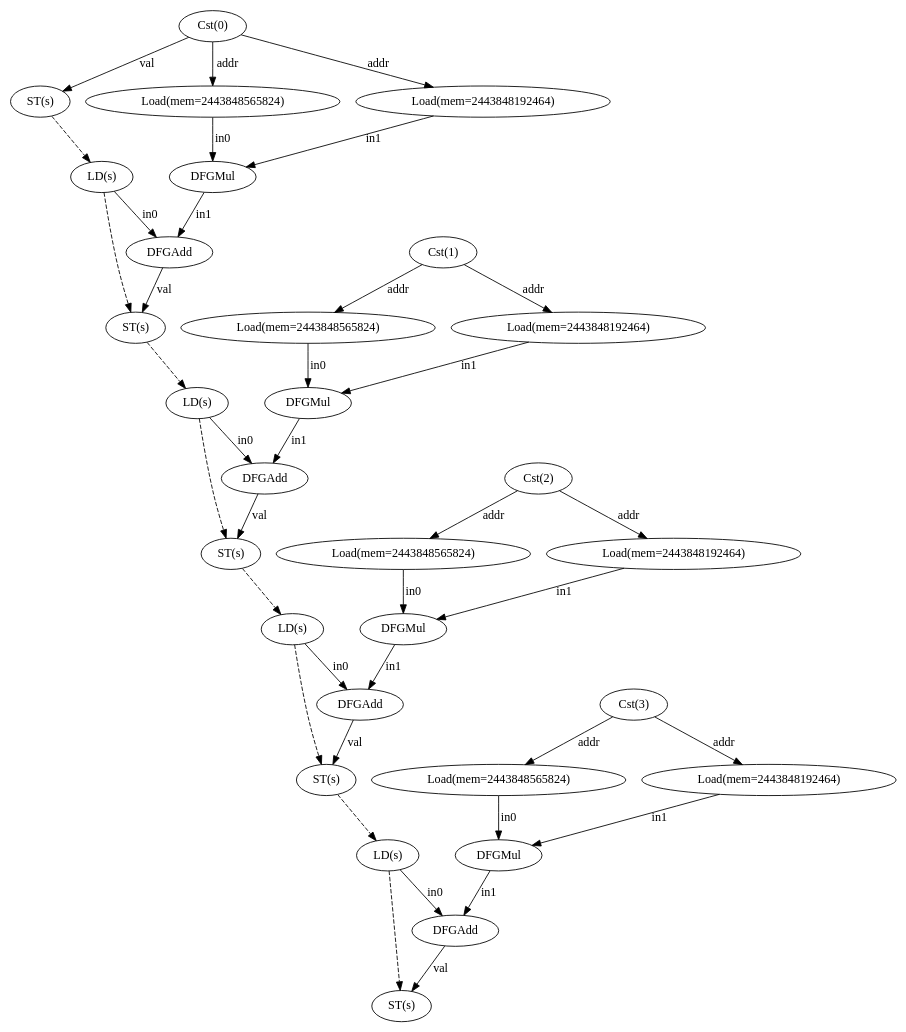
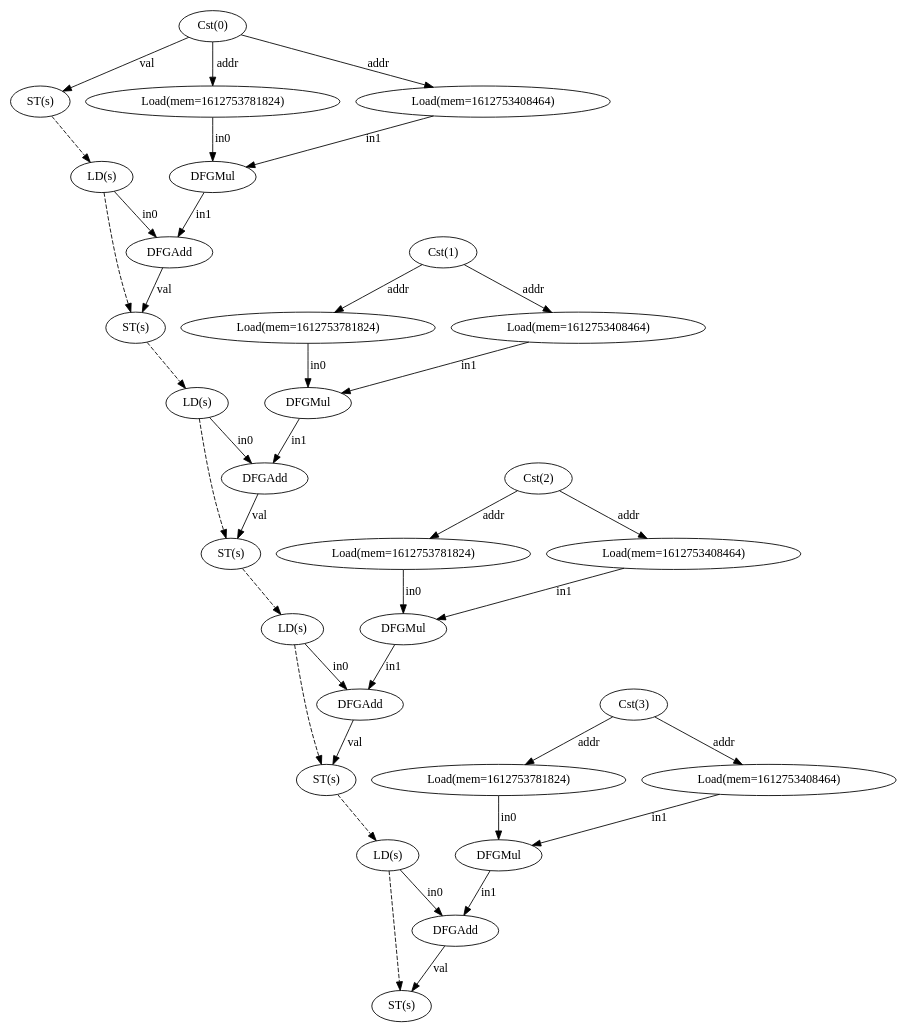
One commit to ma-carrillo/High-level-synthesis-assignment changed the diagram in test13/dfg.dot. Above: the diagram before and after it, drawn with Graphviz. The commit also changed 6 other files, not shown here.

```diff
--- a/test13/dfg.dot
+++ b/test13/dfg.dot
@@ -1,68 +1,68 @@
 digraph "dfg" {
   n0 [label="Cst(0)"];
   n1 [label="ST(s)"];
   n2 [label="LD(s)"];
-  n3 [label="Load(mem=2443848565824)"];
-  n4 [label="Load(mem=2443848192464)"];
+  n3 [label="Load(mem=1612753781824)"];
+  n4 [label="Load(mem=1612753408464)"];
   n5 [label="DFGMul"];
   n6 [label="DFGAdd"];
   n7 [label="ST(s)"];
   n8 [label="LD(s)"];
   n9 [label="Cst(1)"];
-  n10 [label="Load(mem=2443848565824)"];
-  n11 [label="Load(mem=2443848192464)"];
+  n10 [label="Load(mem=1612753781824)"];
+  n11 [label="Load(mem=1612753408464)"];
   n12 [label="DFGMul"];
   n13 [label="DFGAdd"];
   n14 [label="ST(s)"];
   n15 [label="LD(s)"];
   n16 [label="Cst(2)"];
-  n17 [label="Load(mem=2443848565824)"];
-  n18 [label="Load(mem=2443848192464)"];
+  n17 [label="Load(mem=1612753781824)"];
+  n18 [label="Load(mem=1612753408464)"];
   n19 [label="DFGMul"];
   n20 [label="DFGAdd"];
   n21 [label="ST(s)"];
   n22 [label="LD(s)"];
   n23 [label="Cst(3)"];
-  n24 [label="Load(mem=2443848565824)"];
-  n25 [label="Load(mem=2443848192464)"];
+  n24 [label="Load(mem=1612753781824)"];
+  n25 [label="Load(mem=1612753408464)"];
   n26 [label="DFGMul"];
   n27 [label="DFGAdd"];
   n28 [label="ST(s)"];
   n0 -> n1 [label="val"];
   n0 -> n3 [label="addr"];
   n0 -> n4 [label="addr"];
   n1 -> n2 [style="dashed"];
   n2 -> n6 [label="in0"];
   n2 -> n7 [style="dashed"];
   n3 -> n5 [label="in0"];
   n4 -> n5 [label="in1"];
   n5 -> n6 [label="in1"];
   n6 -> n7 [label="val"];
   n7 -> n8 [style="dashed"];
   n8 -> n13 [label="in0"];
   n8 -> n14 [style="dashed"];
   n9 -> n10 [label="addr"];
   n9 -> n11 [label="addr"];
   n10 -> n12 [label="in0"];
   n11 -> n12 [label="in1"];
   n12 -> n13 [label="in1"];
   n13 -> n14 [label="val"];
   n14 -> n15 [style="dashed"];
   n15 -> n20 [label="in0"];
   n15 -> n21 [style="dashed"];
   n16 -> n17 [label="addr"];
   n16 -> n18 [label="addr"];
   n17 -> n19 [label="in0"];
   n18 -> n19 [label="in1"];
   n19 -> n20 [label="in1"];
   n20 -> n21 [label="val"];
   n21 -> n22 [style="dashed"];
   n22 -> n27 [label="in0"];
   n22 -> n28 [style="dashed"];
   n23 -> n24 [label="addr"];
   n23 -> n25 [label="addr"];
   n24 -> n26 [label="in0"];
   n25 -> n26 [label="in1"];
   n26 -> n27 [label="in1"];
   n27 -> n28 [label="val"];
 }
```
